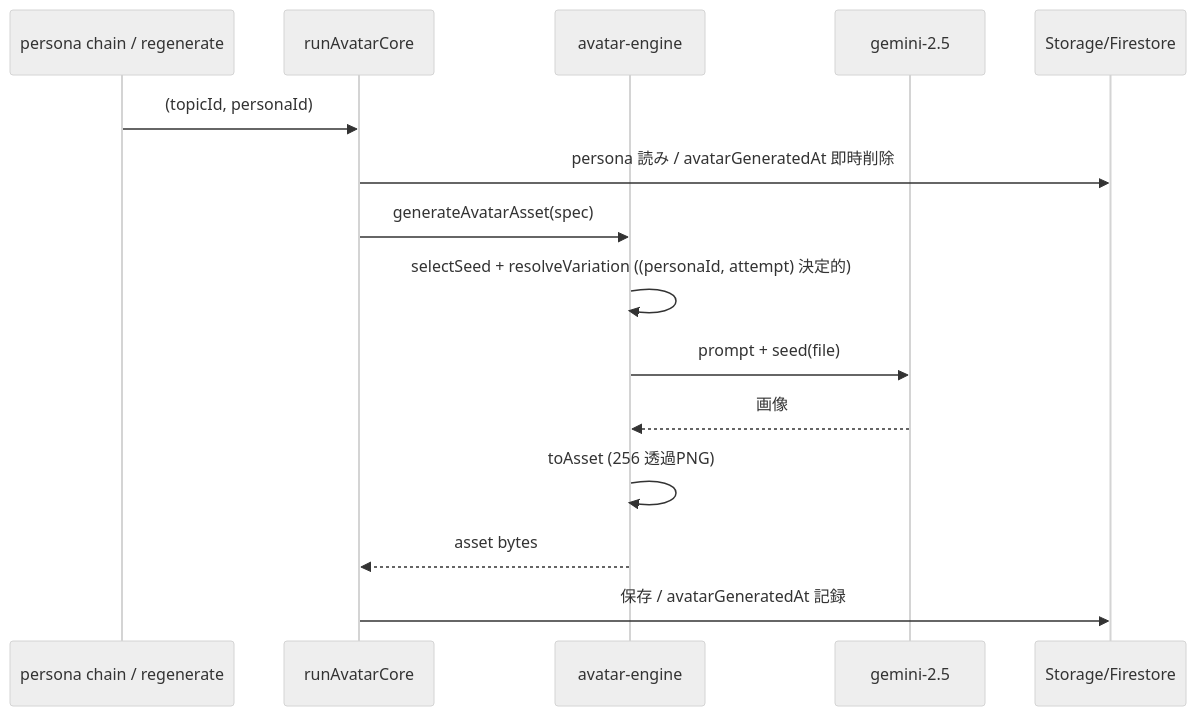
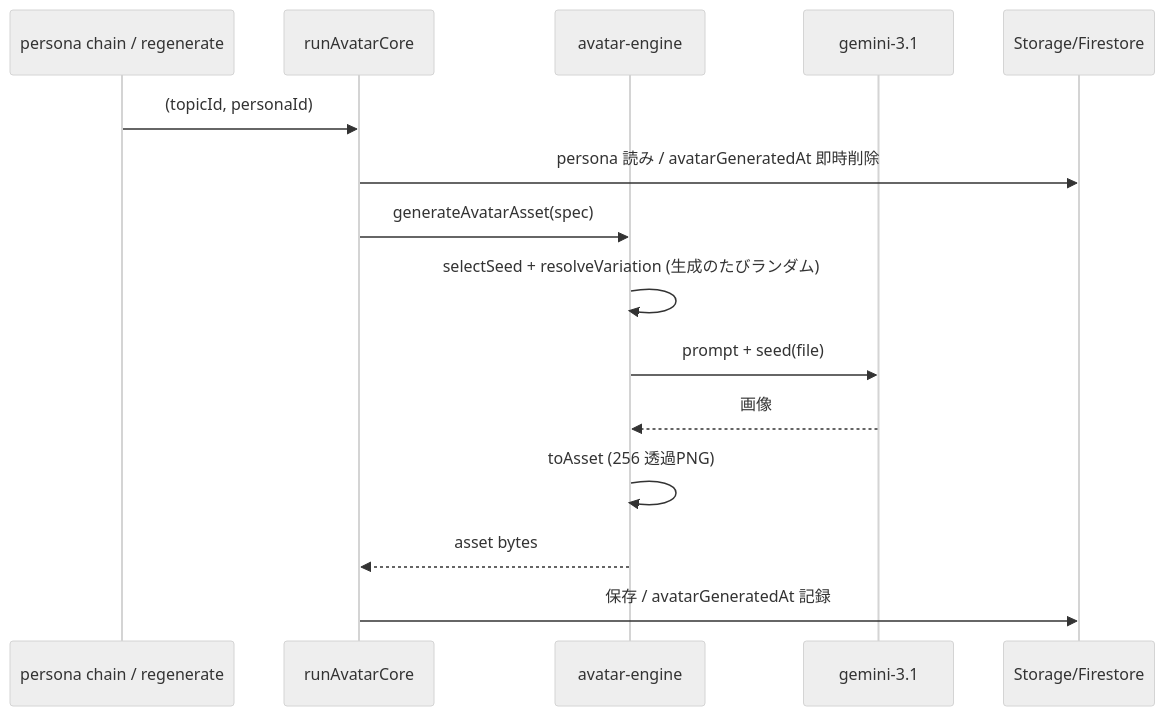
The second of 2 diagrams in .kiro/specs/avatar-generation-engine/design.md (iyodatakashi/logotope), drawn with Mermaid (neutral theme) before and after one commit. The commit also changed other lines of this file and 3 other files, not shown here.

````diff
--- a/.kiro/specs/avatar-generation-engine/design.md
+++ b/.kiro/specs/avatar-generation-engine/design.md
@@ -194,17 +195,17 @@
 ```mermaid
 sequenceDiagram
     participant Chain as persona chain / regenerate
     participant Core as runAvatarCore
     participant Eng as avatar-engine
-    participant Model as gemini-2.5
+    participant Model as gemini-3.1
     participant Store as Storage/Firestore
     Chain->>Core: (topicId, personaId)
     Core->>Store: persona 読み / avatarGeneratedAt 即時削除
     Core->>Eng: generateAvatarAsset(spec)
-    Eng->>Eng: selectSeed + resolveVariation ((personaId, attempt) 決定的)
+    Eng->>Eng: selectSeed + resolveVariation (生成のたびランダム)
     Eng->>Model: prompt + seed(file)
     Model-->>Eng: 画像
     Eng->>Eng: toAsset (256 透過PNG)
     Eng-->>Core: asset bytes
     Core->>Store: 保存 / avatarGeneratedAt 記録
 ```
````
